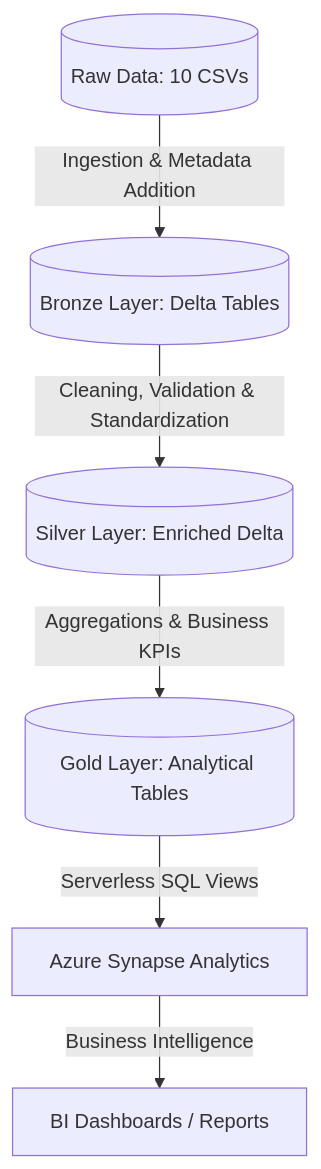
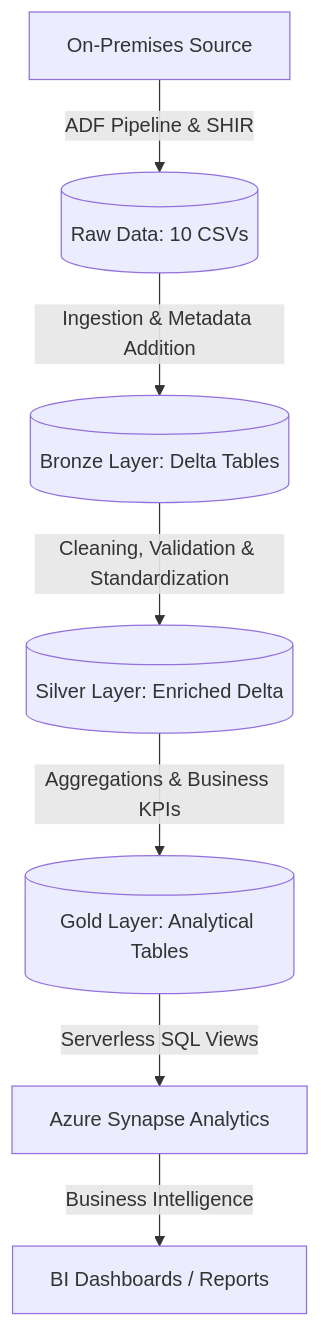
The diagram in README.md (sankethajare/Azure-Data-Engineering), drawn with Mermaid before and after one commit. The commit also changed other lines of this file, not shown here.

Commit message:
Update README.md with ADF Ingestion Pipeline architecture and parameters

````diff
--- a/README.md
+++ b/README.md
@@ -32,8 +49,9 @@
 ```mermaid
 graph TD
-    A[(Raw Data: 10 CSVs)] -->|Ingestion & Metadata Addition| B[(Bronze Layer: Delta Tables)]
-    B -->|Cleaning, Validation & Standardization| C[(Silver Layer: Enriched Delta)]
-    C -->|Aggregations & Business KPIs| D[(Gold Layer: Analytical Tables)]
-    D -->|Serverless SQL Views| E[Azure Synapse Analytics]
-    E -->|Business Intelligence| F[BI Dashboards / Reports]
+    A[On-Premises Source] -->|ADF Pipeline & SHIR| B[(Raw Data: 10 CSVs)]
+    B -->|Ingestion & Metadata Addition| C[(Bronze Layer: Delta Tables)]
+    C -->|Cleaning, Validation & Standardization| D[(Silver Layer: Enriched Delta)]
+    D -->|Aggregations & Business KPIs| E[(Gold Layer: Analytical Tables)]
+    E -->|Serverless SQL Views| F[Azure Synapse Analytics]
+    F -->|Business Intelligence| G[BI Dashboards / Reports]
 ```
````
